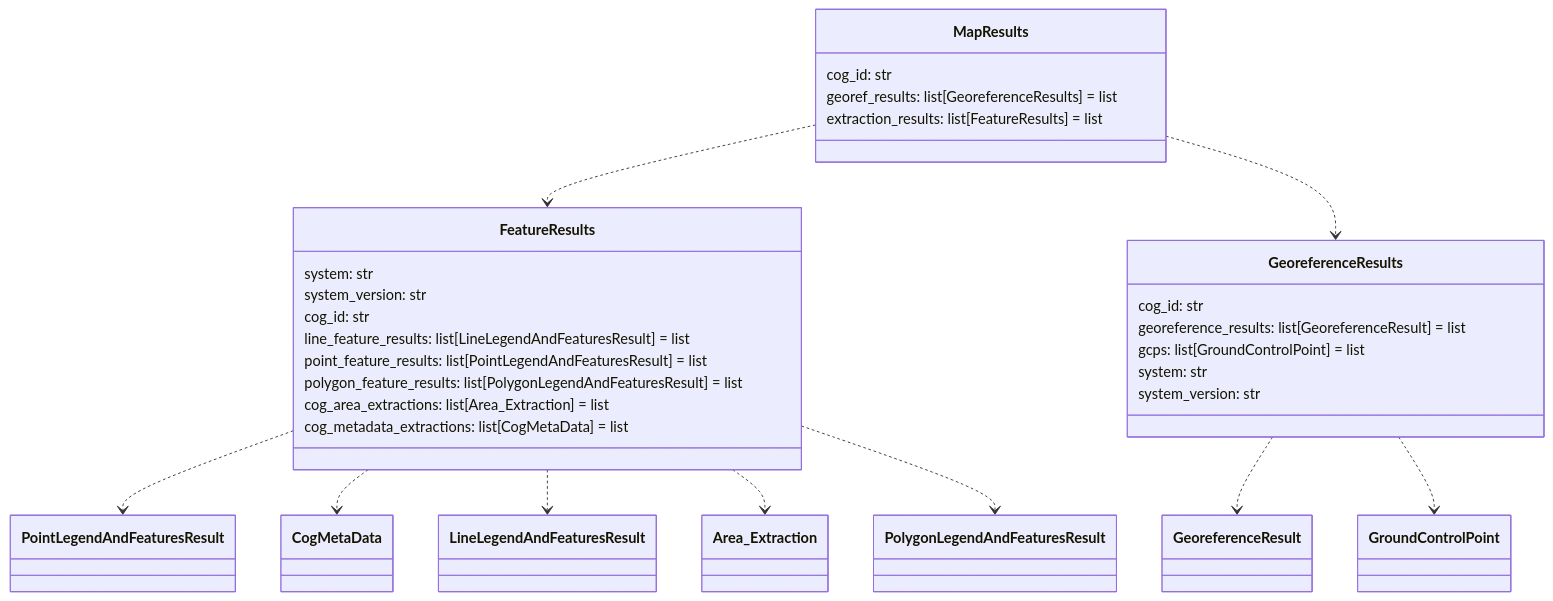
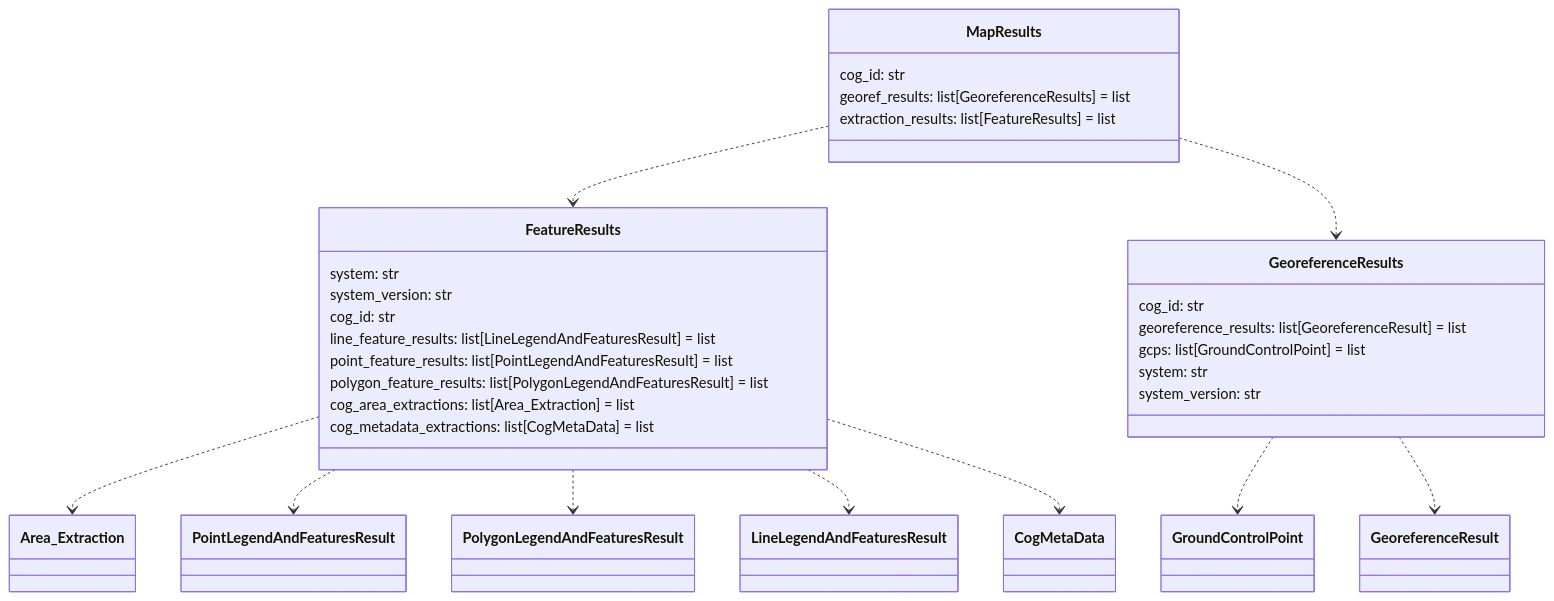
Diagram 11 of 14 in README.md (DARPA-CRITICALMAAS/cdr_schemas), drawn with Mermaid before and after one commit. The commit also changed other lines of this file and 1 other file, not shown here.

````diff
--- a/README.md
+++ b/README.md
@@ -937,40 +937,40 @@
 ```mermaid
 classDiagram
 
     class FeatureResults {
         system: str
         system_version: str
         cog_id: str
         line_feature_results: list[LineLegendAndFeaturesResult] = list
         point_feature_results: list[PointLegendAndFeaturesResult] = list
         polygon_feature_results: list[PolygonLegendAndFeaturesResult] = list
         cog_area_extractions: list[Area_Extraction] = list
         cog_metadata_extractions: list[CogMetaData] = list
     }
 
+    class MapResults {
+        cog_id: str
+        georef_results: list[GeoreferenceResults] = list
+        extraction_results: list[FeatureResults] = list
+    }
+
     class GeoreferenceResults {
         cog_id: str
         georeference_results: list[GeoreferenceResult] = list
         gcps: list[GroundControlPoint] = list
         system: str
         system_version: str
     }
 
-    class MapResults {
-        cog_id: str
-        georef_results: list[GeoreferenceResults] = list
-        extraction_results: list[FeatureResults] = list
-    }
-
+    FeatureResults ..> Area_Extraction
     FeatureResults ..> PointLegendAndFeaturesResult
+    FeatureResults ..> PolygonLegendAndFeaturesResult
+    FeatureResults ..> LineLegendAndFeaturesResult
     FeatureResults ..> CogMetaData
-    FeatureResults ..> LineLegendAndFeaturesResult
-    FeatureResults ..> Area_Extraction
-    FeatureResults ..> PolygonLegendAndFeaturesResult
+    GeoreferenceResults ..> GroundControlPoint
     GeoreferenceResults ..> GeoreferenceResult
-    GeoreferenceResults ..> GroundControlPoint
     MapResults ..> FeatureResults
     MapResults ..> GeoreferenceResults
 
 
 ```
````
